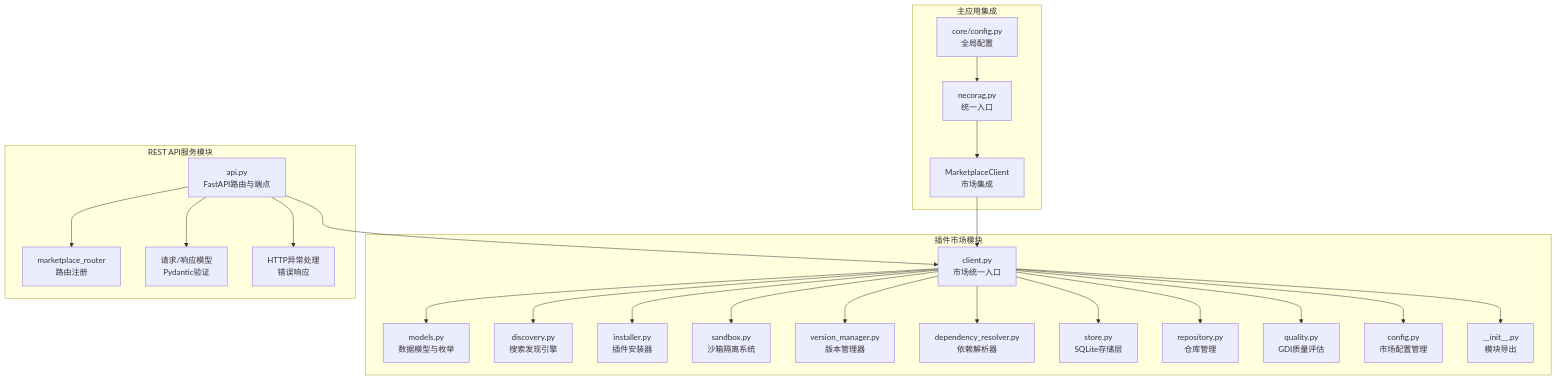
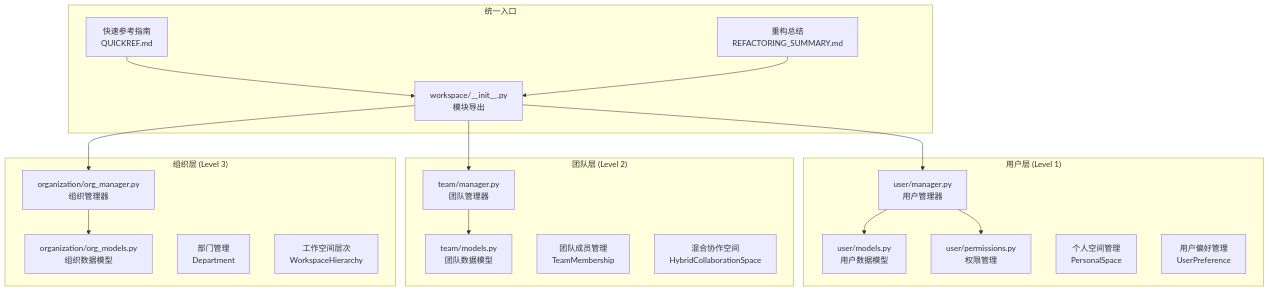
One commit to JieGaoPrinceton/NecoRAG changed the first of 2 diagrams in .qoder/repowiki/zh/content/插件扩展系统/插件扩展系统.md. Above: the diagram before and after it, drawn with Mermaid. The commit also changed other lines of this file and 73 other files, not shown here.

````diff
--- a/.qoder/repowiki/zh/content/插件扩展系统/插件扩展系统.md
+++ b/.qoder/repowiki/zh/content/插件扩展系统/插件扩展系统.md
@@ -59,46 +49,36 @@
 ```mermaid
 graph TB
-subgraph "插件市场模块"
-A["client.py<br/>市场统一入口"]
-B["models.py<br/>数据模型与枚举"]
-C["discovery.py<br/>搜索发现引擎"]
-D["installer.py<br/>插件安装器"]
-E["sandbox.py<br/>沙箱隔离系统"]
-F["version_manager.py<br/>版本管理器"]
-G["dependency_resolver.py<br/>依赖解析器"]
-H["store.py<br/>SQLite存储层"]
-I["repository.py<br/>仓库管理"]
-J["quality.py<br/>GDI质量评估"]
-K["config.py<br/>市场配置管理"]
-L["__init__.py<br/>模块导出"]
+subgraph "用户层 (Level 1)"
+A["user/manager.py<br/>用户管理器"]
+B["user/models.py<br/>用户数据模型"]
+C["user/permissions.py<br/>权限管理"]
+D["个人空间管理<br/>PersonalSpace"]
+E["用户偏好管理<br/>UserPreference"]
 end
-subgraph "REST API服务模块"
-M["api.py<br/>FastAPI路由与端点"]
-N["marketplace_router<br/>路由注册"]
-O["请求/响应模型<br/>Pydantic验证"]
-P["HTTP异常处理<br/>错误响应"]
+subgraph "团队层 (Level 2)"
+F["team/manager.py<br/>团队管理器"]
+G["team/models.py<br/>团队数据模型"]
+H["团队成员管理<br/>TeamMembership"]
+I["混合协作空间<br/>HybridCollaborationSpace"]
 end
-subgraph "主应用集成"
-Q["necorag.py<br/>统一入口"]
-R["core/config.py<br/>全局配置"]
-S["MarketplaceClient<br/>市场集成"]
+subgraph "组织层 (Level 3)"
+J["organization/org_manager.py<br/>组织管理器"]
+K["organization/org_models.py<br/>组织数据模型"]
+L["部门管理<br/>Department"]
+M["工作空间层次<br/>WorkspaceHierarchy"]
+end
+subgraph "统一入口"
+N["workspace/__init__.py<br/>模块导出"]
+O["快速参考指南<br/>QUICKREF.md"]
+P["重构总结<br/>REFACTORING_SUMMARY.md"]
 end
 A --> B
 A --> C
-A --> D
-A --> E
-A --> F
-A --> G
-A --> H
-A --> I
-A --> J
-A --> K
-A --> L
-S --> A
-M --> A
-M --> N
-M --> O
-M --> P
-Q --> S
-R --> Q
+F --> G
+J --> K
+N --> A
+N --> F
+N --> J
+O --> N
+P --> N
 ```
````
